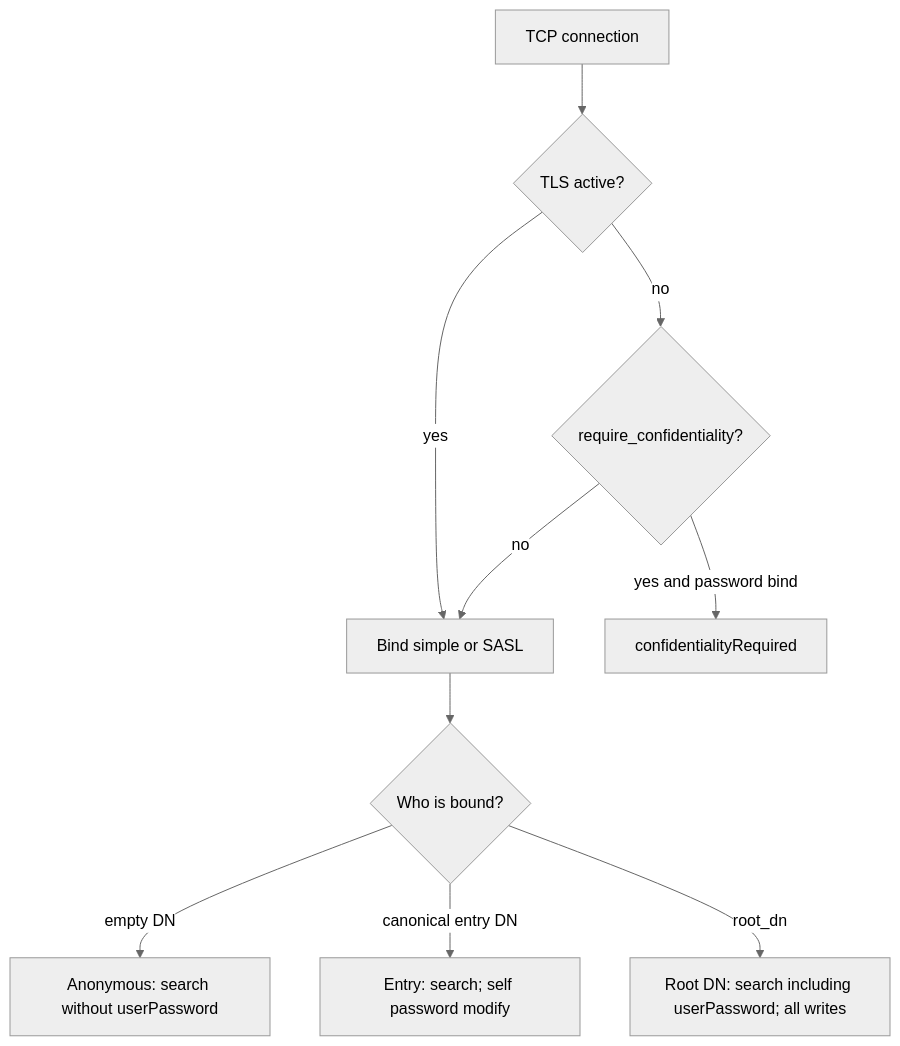
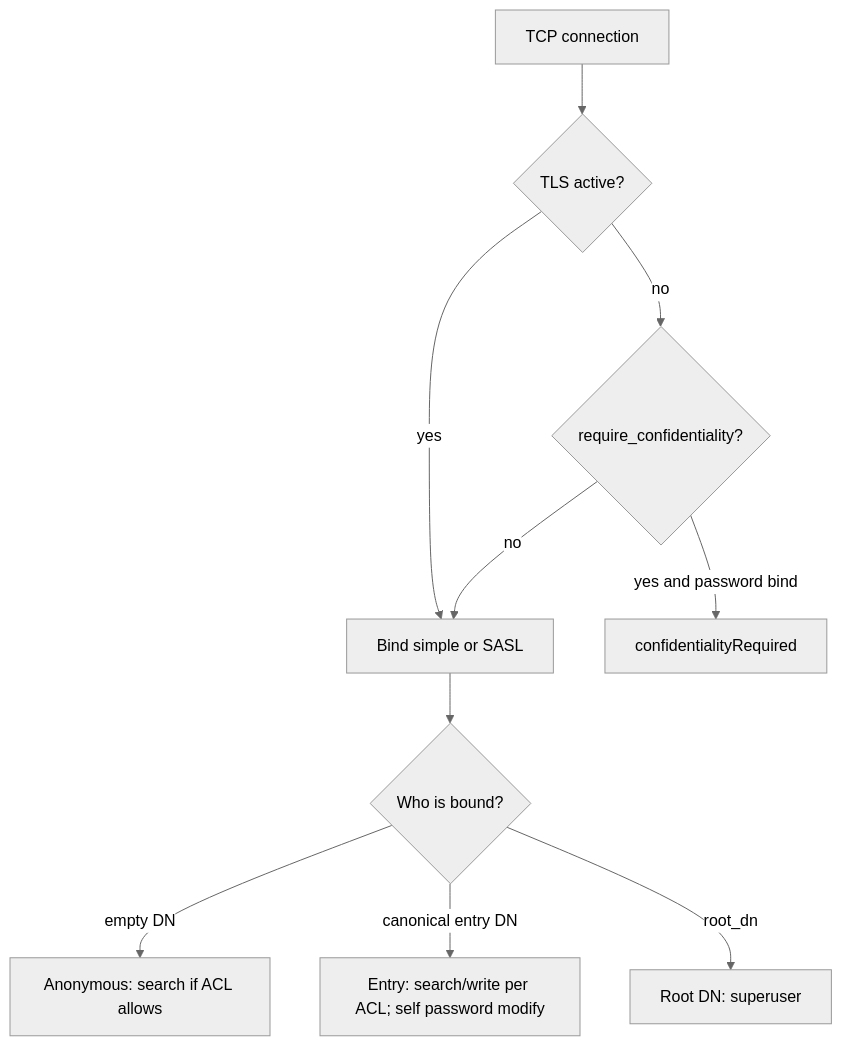
One commit to SimpleDaemons/simple-ldapd changed the diagram in docs/diagrams/security.md. Above: the diagram before and after it, drawn with Mermaid (neutral theme). The commit also changed other lines of this file and 26 other files, not shown here.

````diff
--- a/docs/diagrams/security.md
+++ b/docs/diagrams/security.md
@@ -3,21 +3,21 @@
 ```mermaid
 flowchart TD
   Conn[TCP connection]
   TLS{TLS active?}
   Conf{require_confidentiality?}
   Bind[Bind simple or SASL]
   Who{Who is bound?}
-  Anon[Anonymous: search without userPassword]
-  User[Entry: search; self password modify]
-  Root[Root DN: search including userPassword; all writes]
+  Anon[Anonymous: search if ACL allows]
+  User[Entry: search/write per ACL; self password modify]
+  Root[Root DN: superuser]
 
   Conn --> TLS
   TLS -->|no| Conf
   TLS -->|yes| Bind
   Conf -->|yes and password bind| Deny[confidentialityRequired]
   Conf -->|no| Bind
   Bind --> Who
   Who -->|empty DN| Anon
   Who -->|canonical entry DN| User
   Who -->|root_dn| Root
 ```
````
